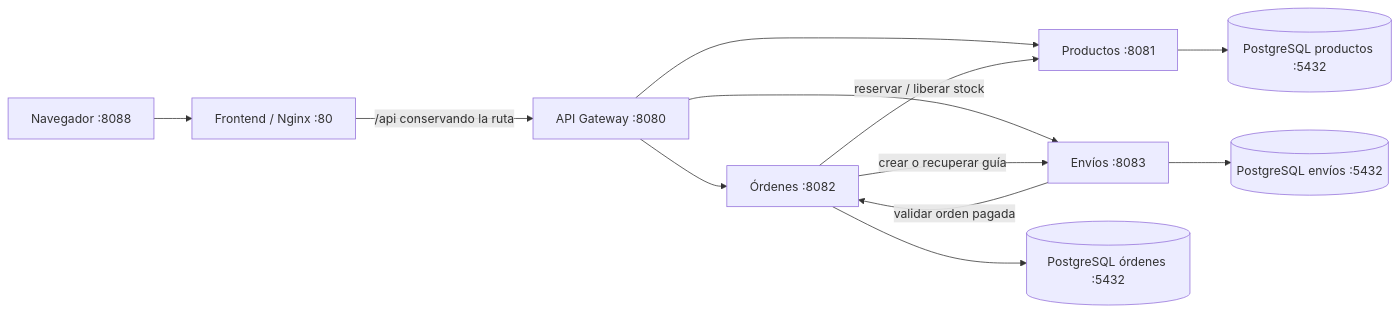
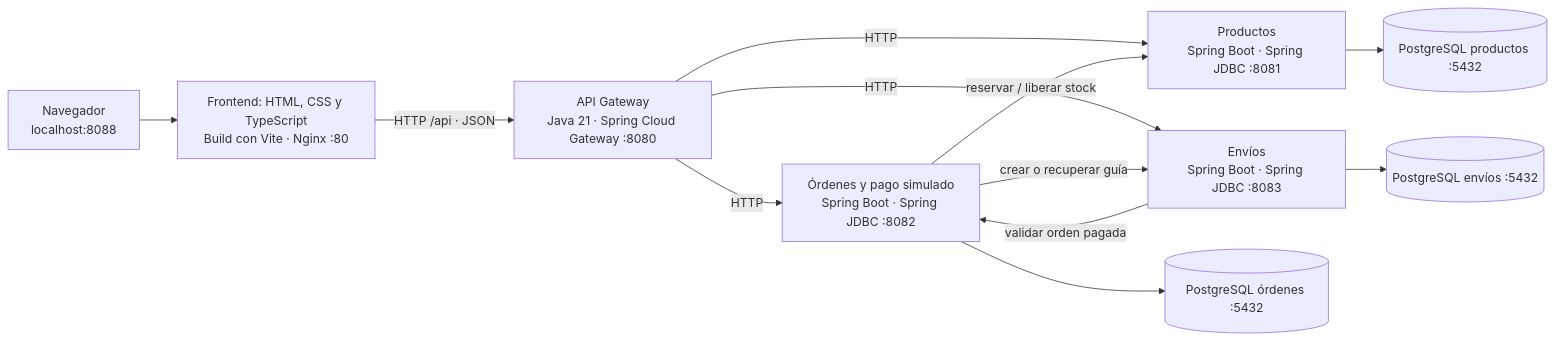
One commit to MACOABC/ecommerce-microservicios changed the first of 2 diagrams in README.md. Above: the diagram before and after it, drawn with Mermaid. The commit also changed other lines of this file and 1 other file, not shown here.

````diff
--- a/README.md
+++ b/README.md
@@ -9,14 +9,14 @@
 ```mermaid
 flowchart LR
-    U["Navegador :8088"] --> F["Frontend / Nginx :80"]
-    F -->|"/api conservando la ruta"| G["API Gateway :8080"]
-    G --> P["Productos :8081"]
-    G --> O["Órdenes :8082"]
-    G --> E["Envíos :8083"]
+    U["Navegador<br/>localhost:8088"] --> F["Frontend: HTML, CSS y TypeScript<br/>Build con Vite · Nginx :80"]
+    F -->|"HTTP /api · JSON"| G["API Gateway<br/>Java 21 · Spring Cloud Gateway :8080"]
+    G -->|"HTTP"| P["Productos<br/>Spring Boot · Spring JDBC :8081"]
+    G -->|"HTTP"| O["Órdenes y pago simulado<br/>Spring Boot · Spring JDBC :8082"]
+    G -->|"HTTP"| E["Envíos<br/>Spring Boot · Spring JDBC :8083"]
     O -->|"reservar / liberar stock"| P
     O -->|"crear o recuperar guía"| E
     E -->|"validar orden pagada"| O
     P --> DP[("PostgreSQL productos :5432")]
     O --> DO[("PostgreSQL órdenes :5432")]
     E --> DE[("PostgreSQL envíos :5432")]
 ```
````
